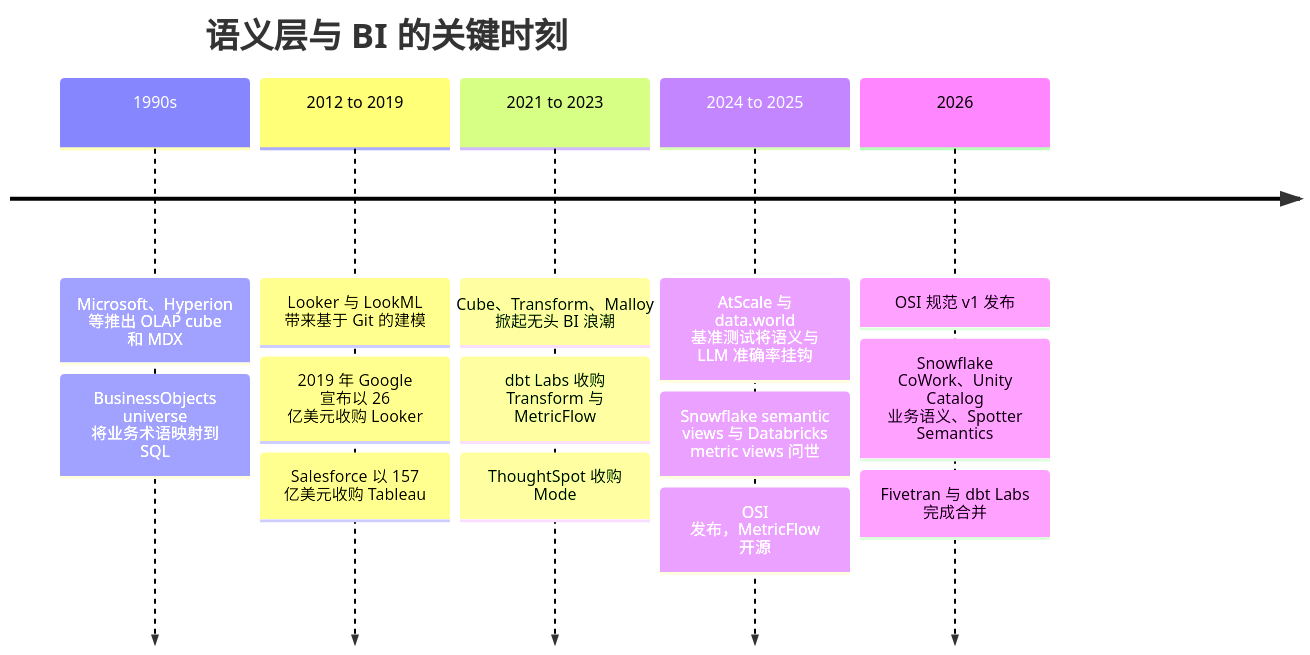
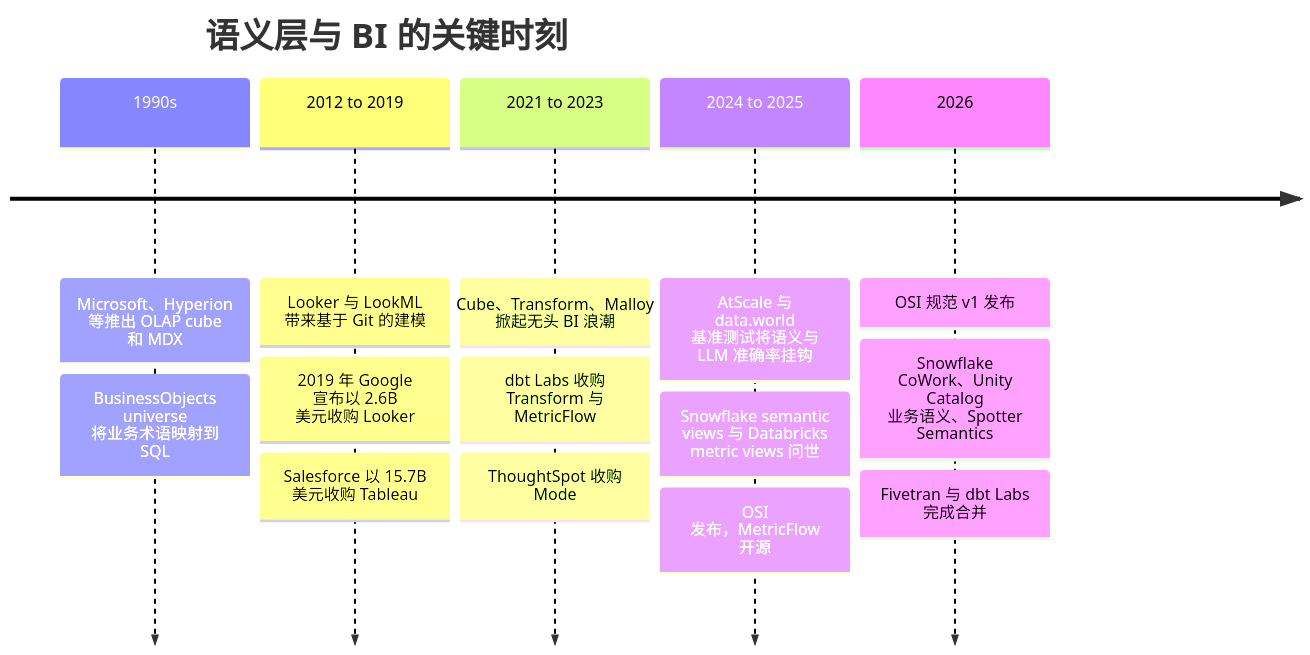
One commit to FrankHuang94/data_tech_db_claude changed the fourth of 4 diagrams in Chinese translation/docs/02-pipelines-and-governance/ch14-semantic-layers-and-bi.md. Above: the diagram before and after it, drawn with Mermaid. The commit also changed other lines of this file and 8 other files, not shown here.

````diff
--- a/Chinese translation/docs/02-pipelines-and-governance/ch14-semantic-layers-and-bi.md
+++ b/Chinese translation/docs/02-pipelines-and-governance/ch14-semantic-layers-and-bi.md
@@ -188,18 +188,18 @@
 ```mermaid
 timeline
   title 语义层与 BI 的关键时刻
   1990s : Microsoft、Hyperion 等推出 OLAP cube 和 MDX
         : BusinessObjects universe 将业务术语映射到 SQL
   2012 to 2019 : Looker 与 LookML 带来基于 Git 的建模
-              : 2019 年 Google 宣布以 26 亿美元收购 Looker
-              : Salesforce 以 157 亿美元收购 Tableau
+              : 2019 年 Google 宣布以 2.6B 美元收购 Looker
+              : Salesforce 以 15.7B 美元收购 Tableau
   2021 to 2023 : Cube、Transform、Malloy 掀起无头 BI 浪潮
               : dbt Labs 收购 Transform 与 MetricFlow
               : ThoughtSpot 收购 Mode
   2024 to 2025 : AtScale 与 data.world 基准测试将语义与 LLM 准确率挂钩
               : Snowflake semantic views 与 Databricks metric views 问世
               : OSI 发布，MetricFlow 开源
   2026 : OSI 规范 v1 发布
        : Snowflake CoWork、Unity Catalog 业务语义、Spotter Semantics
        : Fivetran 与 dbt Labs 完成合并
 ```
````
